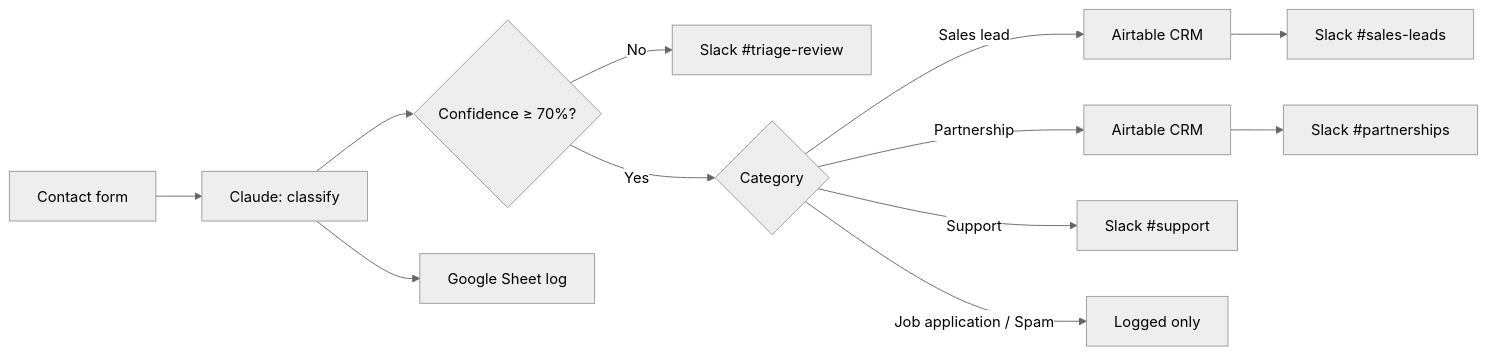
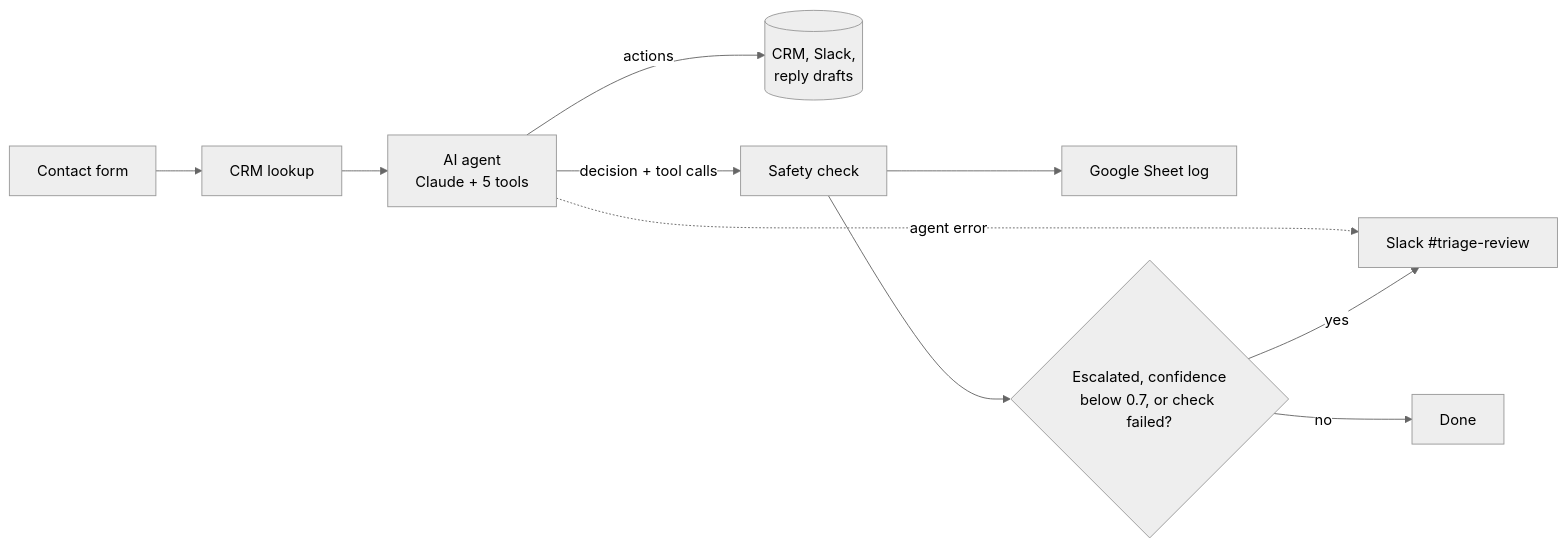
The diagram in README.md (felixw-ctrl/n8n-ai-lead-triage), drawn with Mermaid (neutral theme) before and after one commit. The commit also changed other lines of this file and 16 other files, not shown here.

Commit message:
Add version 2: AI agent with tools, safety check, MCP server and test results

````diff
--- a/README.md
+++ b/README.md
@@ -28,12 +52,12 @@
 ```mermaid
 flowchart LR
-  A[Contact form] --> B[Claude: classify]
-  B --> C{Confidence ≥ 70%?}
-  C -->|No| R[Slack #triage-review]
-  C -->|Yes| D{Category}
-  D -->|Sales lead| E[Airtable CRM] --> F[Slack #sales-leads]
-  D -->|Partnership| E2[Airtable CRM] --> G[Slack #partnerships]
-  D -->|Support| H[Slack #support]
-  D -->|Job application / Spam| I[Logged only]
-  B --> L[Google Sheet log]
+  A[Contact form] --> B[CRM lookup]
+  B --> C[AI agent<br/>Claude + 5 tools]
+  C -->|actions| T[(CRM, Slack,<br/>reply drafts)]
+  C -->|decision + tool calls| D[Safety check]
+  C -.->|agent error| R
+  D --> L[Google Sheet log]
+  D --> E{Escalated, confidence<br/>below 0.7, or check failed?}
+  E -->|yes| R[Slack #triage-review]
+  E -->|no| F[Done]
 ```
````
